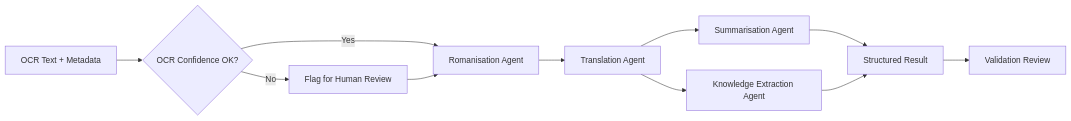
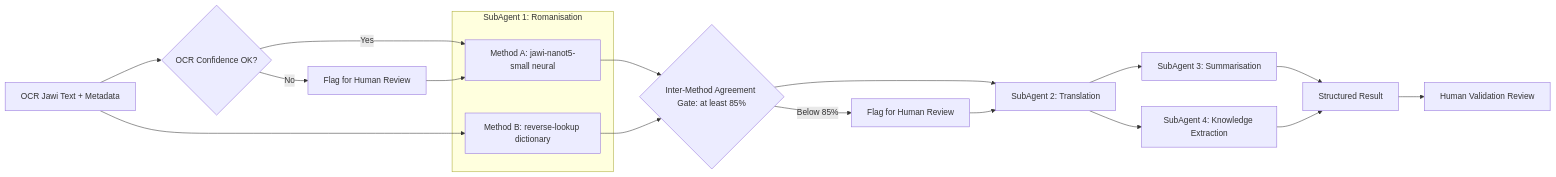
One commit to d33ppo/Multi-Agent-Framework-for-Classical-Malay changed the second of 3 diagrams in docs/SAD.md. Above: the diagram before and after it, drawn with Mermaid. The commit also changed other lines of this file and 10 other files, not shown here.

Commit message:
docs: align docs with agreement-gate pipeline and add diagrams

````diff
--- a/docs/SAD.md
+++ b/docs/SAD.md
@@ -45,13 +46,22 @@
 ```mermaid
 flowchart LR
-    A[OCR Text + Metadata] --> B{OCR Confidence OK?}
+    A[OCR Jawi Text + Metadata] --> B{OCR Confidence OK?}
     B -- No --> C[Flag for Human Review]
-    B -- Yes --> E[Romanisation Agent]
-    C --> E
-    E --> F[Translation Agent]
-    F --> G[Summarisation Agent]
-    F --> H[Knowledge Extraction Agent]
+    B -- Yes --> RA
+    C --> RA
+    subgraph S1[SubAgent 1: Romanisation]
+        RA[Method A: jawi-nanot5-small neural]
+        RB[Method B: reverse-lookup dictionary]
+    end
+    A --> RB
+    RA --> GATE{Inter-Method Agreement Gate: at least 85%}
+    RB --> GATE
+    GATE -- Below 85% --> R[Flag for Human Review]
+    GATE --> F[SubAgent 2: Translation]
+    R --> F
+    F --> G[SubAgent 3: Summarisation]
+    F --> H[SubAgent 4: Knowledge Extraction]
     G --> I[Structured Result]
     H --> I
-    I --> J[Validation Review]
+    I --> J[Human Validation Review]
 ```
````
